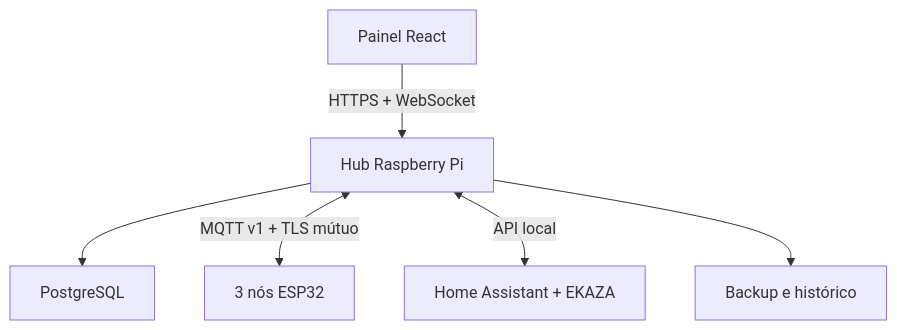
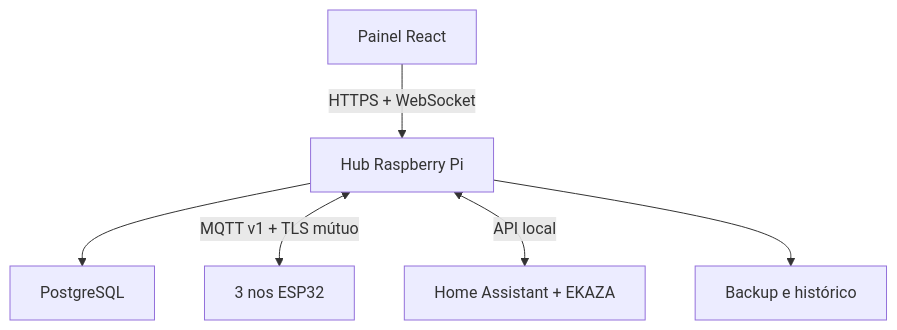
Before and after one commit to berger33/indoor-grow-automation: the diagram in README.md, drawn with Mermaid. The commit also changed other lines of this file and 2 other files, not shown here.

````diff
--- a/README.md
+++ b/README.md
@@ -30,8 +101,8 @@
 ```mermaid
 flowchart TD
     UI["Painel React"] -->|"HTTPS + WebSocket"| HUB["Hub Raspberry Pi"]
     HUB --> DB["PostgreSQL"]
-    HUB <-->|"MQTT v1 + TLS mútuo"| ESP["3 nós ESP32"]
+    HUB <-->|"MQTT v1 + TLS mútuo"| ESP["3 nos ESP32"]
     HUB <-->|"API local"| HA["Home Assistant + EKAZA"]
     HUB --> BK["Backup e histórico"]
 ```
````
